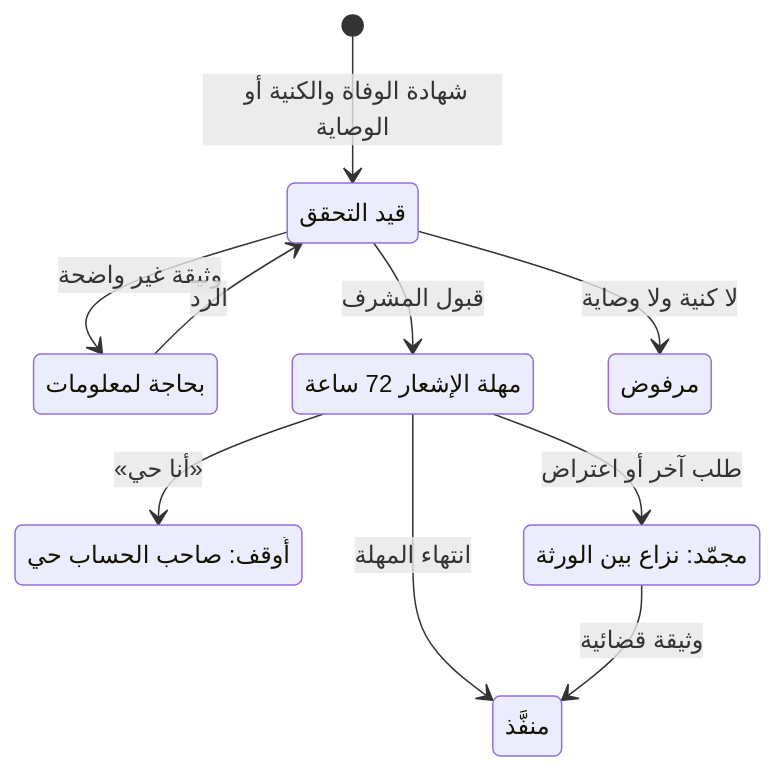
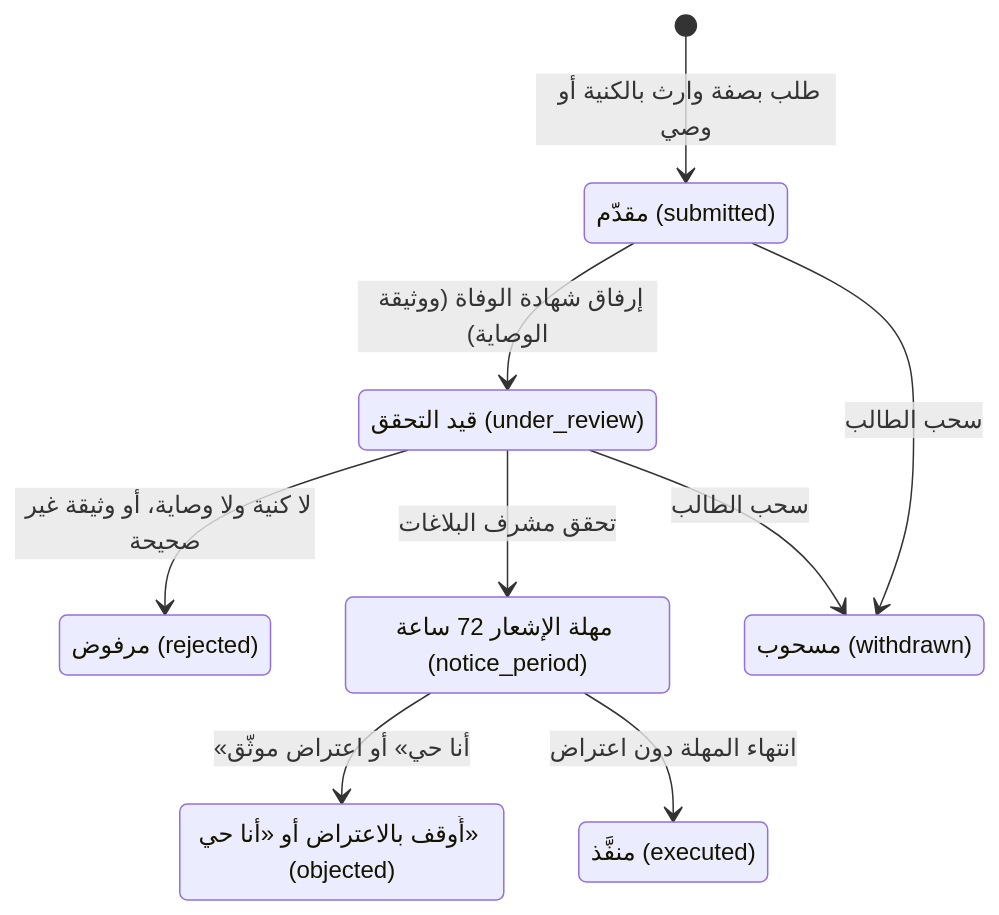
Before and after one commit to servacode/imei: the ninth of 11 diagrams in docs/14-operational-lifecycle.md, drawn with Mermaid. The commit also changed other lines of this file and 15 other files, not shown here.

````diff
--- a/docs/14-operational-lifecycle.md
+++ b/docs/14-operational-lifecycle.md
@@ -321,19 +323,18 @@
 ```mermaid
 stateDiagram-v2
-    state "قيد التحقق" as Verify
-    state "بحاجة لمعلومات" as Info
-    state "مهلة الإشعار 72 ساعة" as Notice
-    state "منفَّذ" as Done
-    state "أُوقف: صاحب الحساب حي" as Alive
-    state "مجمّد: نزاع بين الورثة" as Dispute
-    state "مرفوض" as Rejected
-    [*] --> Verify: شهادة الوفاة والكنية أو الوصاية
-    Verify --> Info: وثيقة غير واضحة
-    Info --> Verify: الرد
-    Verify --> Rejected: لا كنية ولا وصاية
-    Verify --> Notice: قبول المشرف
-    Notice --> Alive: «أنا حي»
-    Notice --> Dispute: طلب آخر أو اعتراض
-    Notice --> Done: انتهاء المهلة
-    Dispute --> Done: وثيقة قضائية
+    state "مقدّم (submitted)" as Submitted
+    state "قيد التحقق (under_review)" as Review
+    state "مهلة الإشعار 72 ساعة (notice_period)" as Notice
+    state "منفَّذ (executed)" as Done
+    state "أُوقف بالاعتراض أو «أنا حي» (objected)" as Objected
+    state "مرفوض (rejected)" as Rejected
+    state "مسحوب (withdrawn)" as Withdrawn
+    [*] --> Submitted: طلب بصفة وارث بالكنية أو وصي
+    Submitted --> Review: إرفاق شهادة الوفاة (ووثيقة الوصاية)
+    Review --> Rejected: لا كنية ولا وصاية، أو وثيقة غير صحيحة
+    Review --> Notice: تحقق مشرف البلاغات
+    Notice --> Objected: «أنا حي» أو اعتراض موثّق
+    Notice --> Done: انتهاء المهلة دون اعتراض
+    Submitted --> Withdrawn: سحب الطالب
+    Review --> Withdrawn: سحب الطالب
 ```
````
